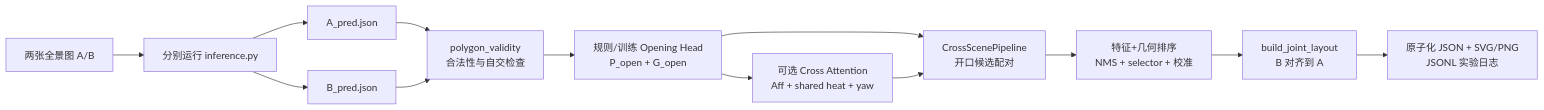
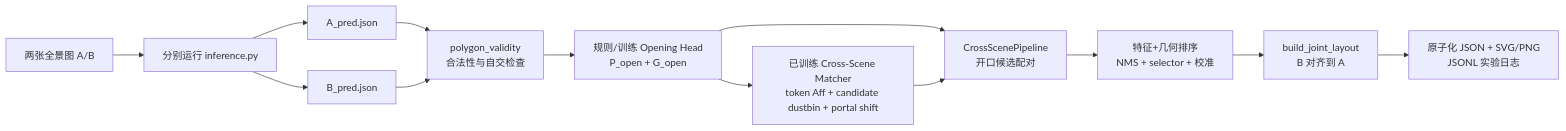
Before and after one commit to sunrunkun0422-dev/bi-layout: the second of 2 diagrams in 跨场景共享开口融合网络架构_可编辑.md, drawn with Mermaid. The commit also changed other lines of this file and 50 other files, not shown here.

````diff
--- a/跨场景共享开口融合网络架构_可编辑.md
+++ b/跨场景共享开口融合网络架构_可编辑.md
@@ -823,27 +872,27 @@
 ```mermaid
 flowchart LR
     Pair["两张全景图 A/B"]
     Infer["分别运行 inference.py"]
     JsonA["A_pred.json"]
     JsonB["B_pred.json"]
     Valid["polygon_validity<br/>合法性与自交检查"]
     Opening["规则/训练 Opening Head<br/>P_open + G_open"]
-    Match["可选 Cross Attention<br/>Aff + shared heat + yaw"]
+    Match["已训练 Cross-Scene Matcher<br/>token Aff + candidate dustbin + portal shift"]
     Search["CrossScenePipeline<br/>开口候选配对"]
     Rank["特征+几何排序<br/>NMS + selector + 校准"]
     Joint["build_joint_layout<br/>B 对齐到 A"]
     Vis["原子化 JSON + SVG/PNG<br/>JSONL 实验日志"]
 
     Pair --> Infer
     Infer --> JsonA
     Infer --> JsonB
     JsonA --> Valid
     JsonB --> Valid
     Valid --> Opening
     Opening --> Match
     Opening --> Search
     Match --> Search
     Search --> Rank
     Rank --> Joint
     Joint --> Vis
 ```
````
